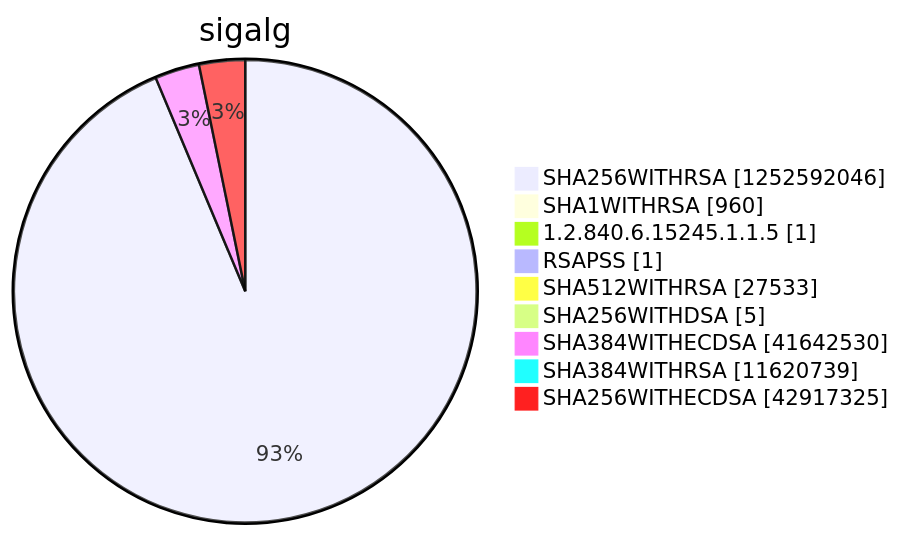
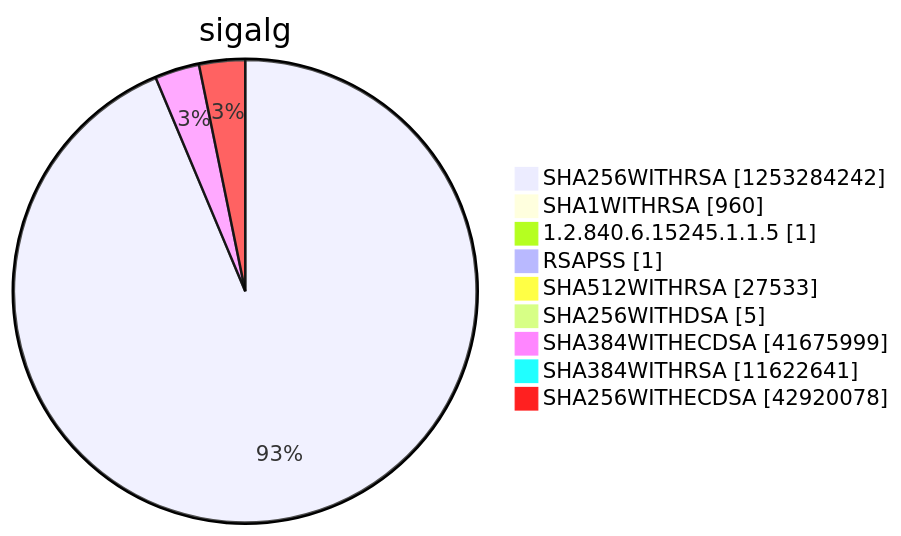
One commit to christiankrug/ctmonitor_visualization changed diagram 15 of 15 in argon2022/README.md. Above: the diagram before and after it, drawn with Mermaid. The commit also changed other lines of this file, not shown here.

````diff
--- a/argon2022/README.md
+++ b/argon2022/README.md
@@ -5522,13 +5522,13 @@
 ```mermaid
 pie showData
 title sigalg
-"SHA256WITHRSA" :1252592046
+"SHA256WITHRSA" :1253284242
 "SHA1WITHRSA" :960
 "1.2.840.6.15245.1.1.5" :1
 "RSAPSS" :1
 "SHA512WITHRSA" :27533
 "SHA256WITHDSA" :5
-"SHA384WITHECDSA" :41642530
-"SHA384WITHRSA" :11620739
-"SHA256WITHECDSA" :42917325
+"SHA384WITHECDSA" :41675999
+"SHA384WITHRSA" :11622641
+"SHA256WITHECDSA" :42920078
 ```
````
